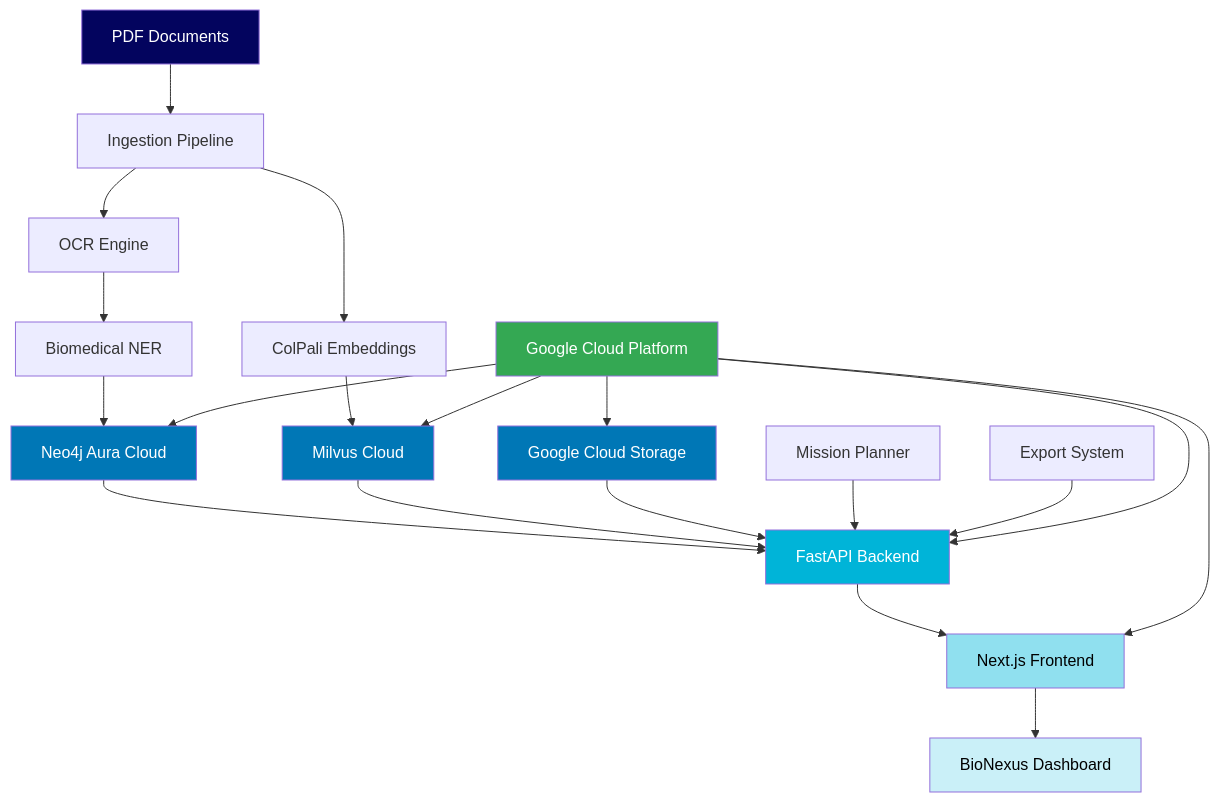
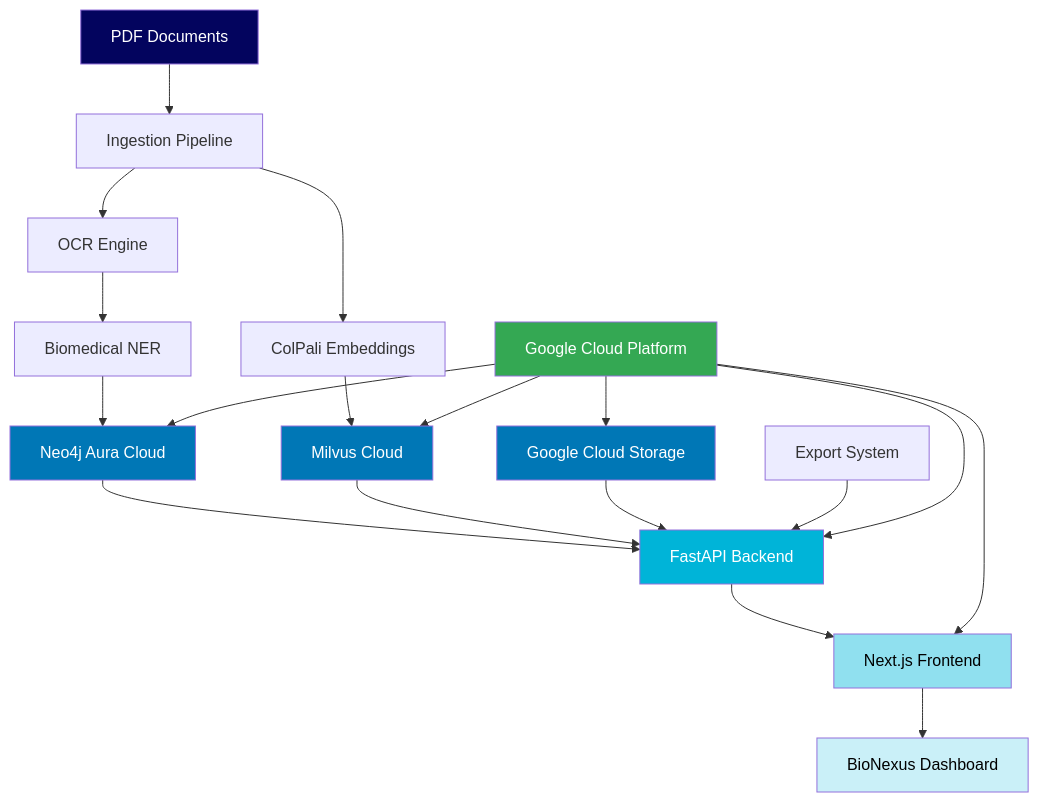
One commit to CypherKingdom/BioNexus changed the diagram in README.md. Above: the diagram before and after it, drawn with Mermaid.

Commit message:
Update README to remove 'Mission Planner' reference
Removed 'Mission Planner' from the diagram.

````diff
--- a/README.md
+++ b/README.md
@@ -44,35 +44,34 @@
 ```mermaid
 graph TB
     A[PDF Documents] --> B[Ingestion Pipeline]
     B --> C[OCR Engine]
     B --> D[ColPali Embeddings]
     C --> E[Biomedical NER]
     
     E --> F[Neo4j Aura Cloud]
     D --> G[Milvus Cloud]
     
     F --> H[FastAPI Backend]
     G --> H
     N[Google Cloud Storage] --> H
     
     H --> I[Next.js Frontend]
     I --> J[BioNexus Dashboard]
     
-    K[Mission Planner] --> H
     L[Export System] --> H
     
     M[Google Cloud Platform] --> F
     M --> G  
     M --> N
     M --> H
     M --> I
     
     style A fill:#03045e,color:#fff
     style F fill:#0077b6,color:#fff  
     style G fill:#0077b6,color:#fff
     style N fill:#0077b6,color:#fff
     style H fill:#00b4d8,color:#fff
     style I fill:#90e0ef,color:#000
     style J fill:#caf0f8,color:#000
     style M fill:#34a853,color:#fff
 ```
````
